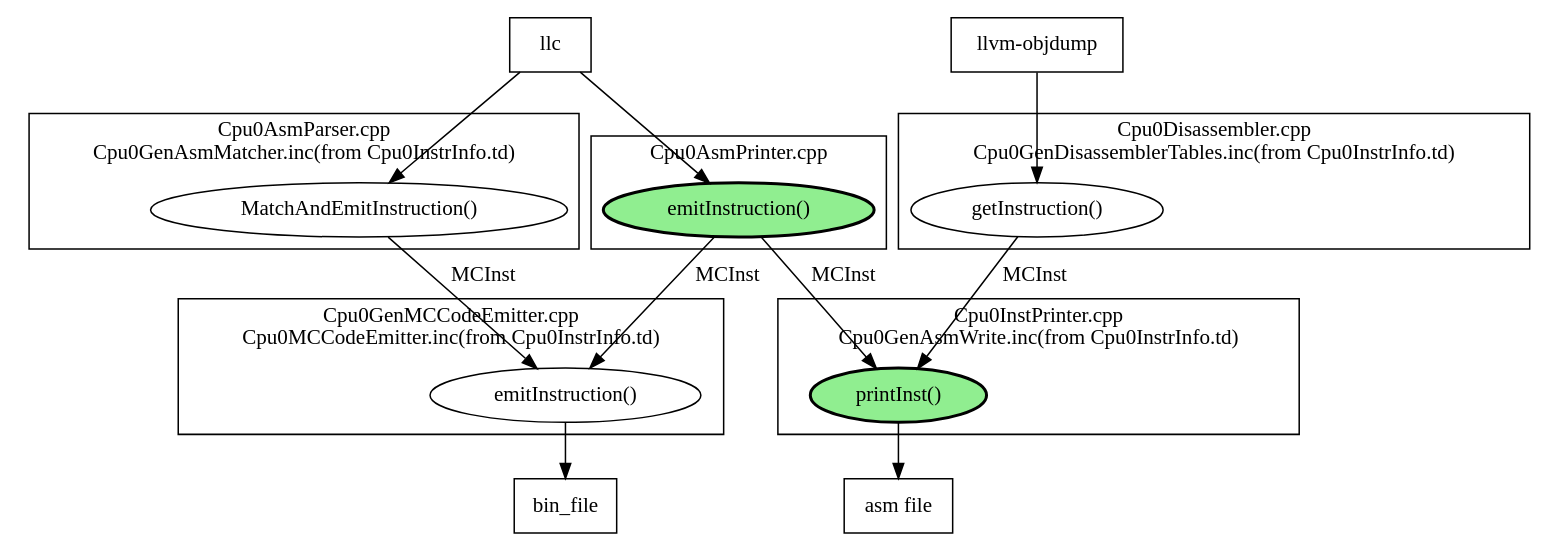
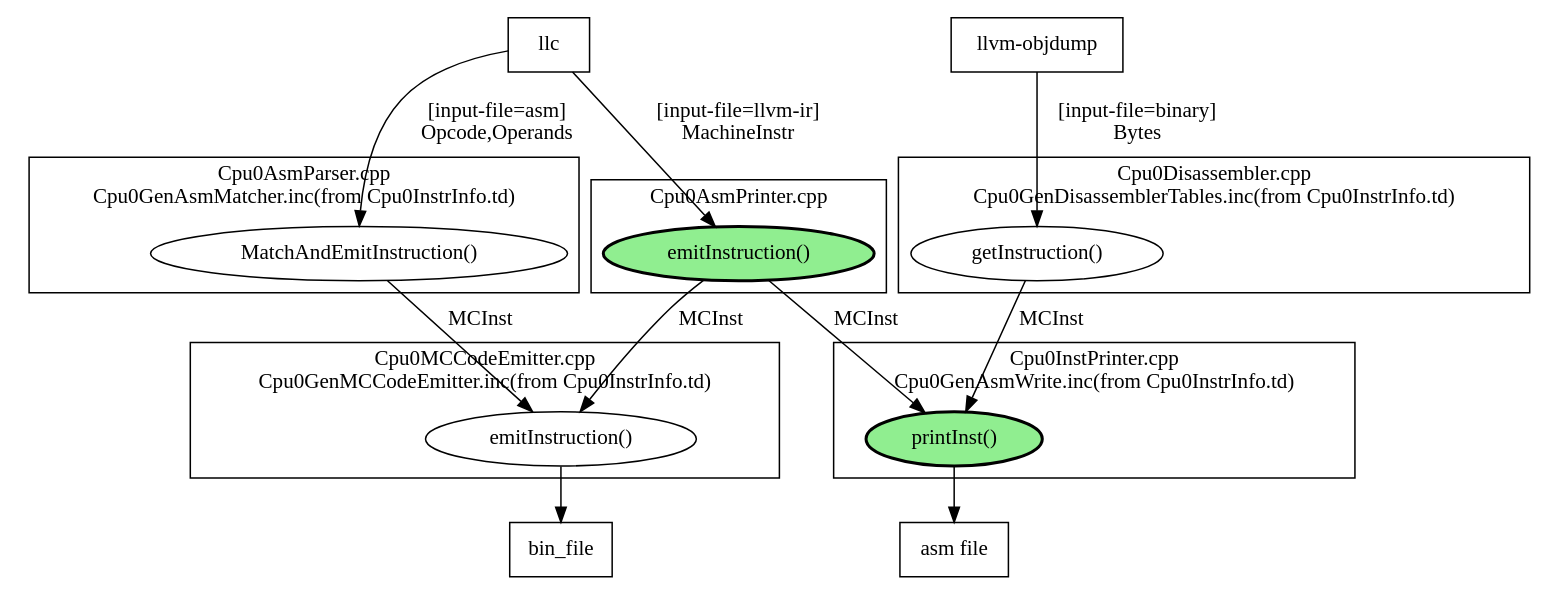
Before and after one commit to Jonathan2251/lbd: the diagram in Fig/backendstructure/cpu0-enc-struct.gv, drawn with Graphviz. The commit also changed 5 other files, not shown here.

Commit message:
backendstructure.rst: cpu0-enc-struct.gv, elf.rst: disas.gv, asm.rst: asmFlow.gv

```diff
--- a/Fig/backendstructure/cpu0-enc-struct.gv
+++ b/Fig/backendstructure/cpu0-enc-struct.gv
@@ -1,39 +1,39 @@
 digraph G {
   rankdir=TB;
   llc [label="llc", shape=record];
   llvm_objdump [label="llvm-objdump", shape=record];
   asm_file [label="asm file", shape=record];
   bin_file [labe="binary file", shape=record];
-  llc -> EI_Asm;
+  llc -> EI_Asm [label="[input-file=llvm-ir]\nMachineInstr"];
   EI_Asm -> "printInst()" [label="MCInst"];
   EI_Asm -> EI_MC [label="MCInst"];
   "printInst()" -> asm_file;
   EI_MC -> bin_file;
 
-  llc -> "MatchAndEmitInstruction()";
+  llc -> "MatchAndEmitInstruction()" [label="[input-file=asm]\nOpcode,Operands"];
   "MatchAndEmitInstruction()" -> EI_MC [label="MCInst"];
 
-  llvm_objdump -> "getInstruction()";
+  llvm_objdump -> "getInstruction()" [label="[input-file=binary]\nBytes"];
   "getInstruction()" -> "printInst()" [label="MCInst"];
 
   subgraph clusterCpu0Asm {
     label = "Cpu0AsmPrinter.cpp";
     EI_Asm [label="emitInstruction()", style="filled,bold", fillcolor="lightgreen"];
   }
   subgraph clusterCpu0InstPrinter {
     label = "Cpu0InstPrinter.cpp\nCpu0GenAsmWrite.inc(from Cpu0InstrInfo.td)";
     "printInst()" [style="filled,bold", fillcolor="lightgreen"];
   }
   subgraph clusterCpu0MC {
-    label = "Cpu0GenMCCodeEmitter.cpp\nCpu0MCCodeEmitter.inc(from Cpu0InstrInfo.td)";
+    label = "Cpu0MCCodeEmitter.cpp\nCpu0GenMCCodeEmitter.inc(from Cpu0InstrInfo.td)";
     EI_MC [label="emitInstruction()"];
   }
   subgraph clusterCpu0AsmParser {
     label = "Cpu0AsmParser.cpp\nCpu0GenAsmMatcher.inc(from Cpu0InstrInfo.td)";
     "MatchAndEmitInstruction()";
   }
   subgraph clusterCpu0Dis {
     label = "Cpu0Disassembler.cpp\nCpu0GenDisassemblerTables.inc(from Cpu0InstrInfo.td)";
     "getInstruction()";
   }
 }
```
